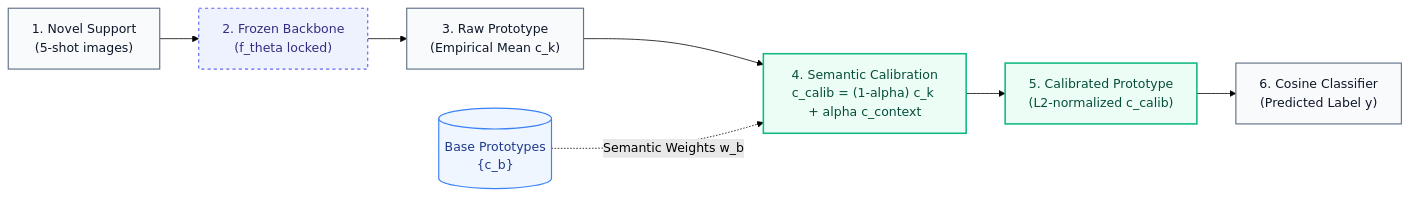
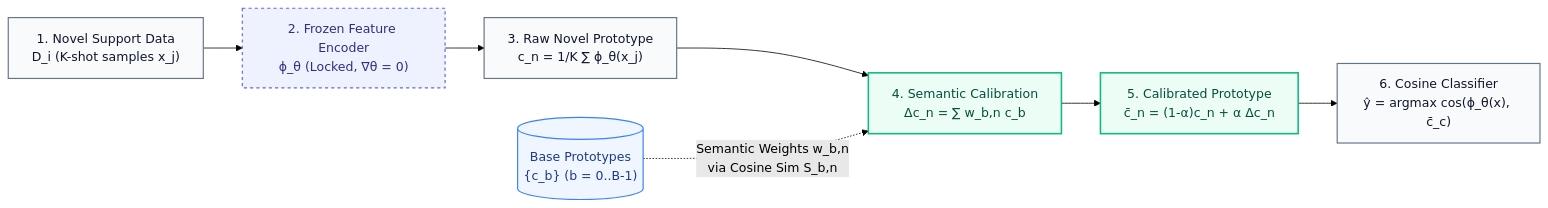
Before and after one commit to famevease/Intro2ML_Adopt-ML-paper: the diagram in slides/assets/teen_pipeline.mmd, drawn with Mermaid (forest theme). The commit also changed 4 other files, not shown here.

Commit message:
feat: add slide 11-13 and refine pipeline diagram

```diff
--- a/slides/assets/teen_pipeline.mmd
+++ b/slides/assets/teen_pipeline.mmd
@@ -1,25 +1,25 @@
 flowchart LR
     %% ==========================================
     %% TEEN PIPELINE (NeurIPS 2023)
     %% Training-frEE prototype calibratioN for FSCIL
     %% ==========================================
 
-    A["1. Novel Support<br/>(5-shot images)"] 
-    --> B["2. Frozen Backbone<br/>(f_theta locked)"] 
-    --> C["3. Raw Prototype<br/>(Empirical Mean c_k)"] 
-    --> D["4. Semantic Calibration<br/>c_calib = (1-alpha) c_k + alpha c_context"] 
-    --> E["5. Calibrated Prototype<br/>(L2-normalized c_calib)"] 
-    --> F["6. Cosine Classifier<br/>(Predicted Label y)"]
+    A["1. Novel Support Data<br/>D_i (K-shot samples x_j)"] 
+    --> B["2. Frozen Feature Encoder<br/>ϕ_θ (Locked, ∇θ = 0)"] 
+    --> C["3. Raw Novel Prototype<br/>c_n = 1/K ∑ ϕ_θ(x_j)"] 
+    --> D["4. Semantic Calibration<br/>Δc_n = ∑ w_b,n c_b"] 
+    --> E["5. Calibrated Prototype<br/>c̄_n = (1-α)c_n + α Δc_n"] 
+    --> F["6. Cosine Classifier<br/>ŷ = argmax cos(ϕ_θ(x), c̄_c)"]
 
     %% Pre-computed Base Knowledge
-    BASE[("Base Prototypes<br/>{c_b}")] -.->|Semantic Weights w_b| D
+    BASE[("Base Prototypes<br/>{c_b} (b = 0..B-1)")] -.->|Semantic Weights w_b,n<br/>via Cosine Sim S_b,n| D
 
     %% Minimalist Modern Styling
     classDef default fill:#F8FAFC,stroke:#64748B,stroke-width:1.5px,color:#0F172A;
     classDef frozen fill:#EEF2FF,stroke:#6366F1,stroke-width:1.5px,stroke-dasharray: 4 4,color:#312E81;
     classDef core fill:#ECFDF5,stroke:#10B981,stroke-width:2px,color:#064E3B;
     classDef base fill:#EFF6FF,stroke:#3B82F6,stroke-width:1.5px,color:#1E3A8A;
 
     class B frozen;
     class D,E core;
     class BASE base;
```
